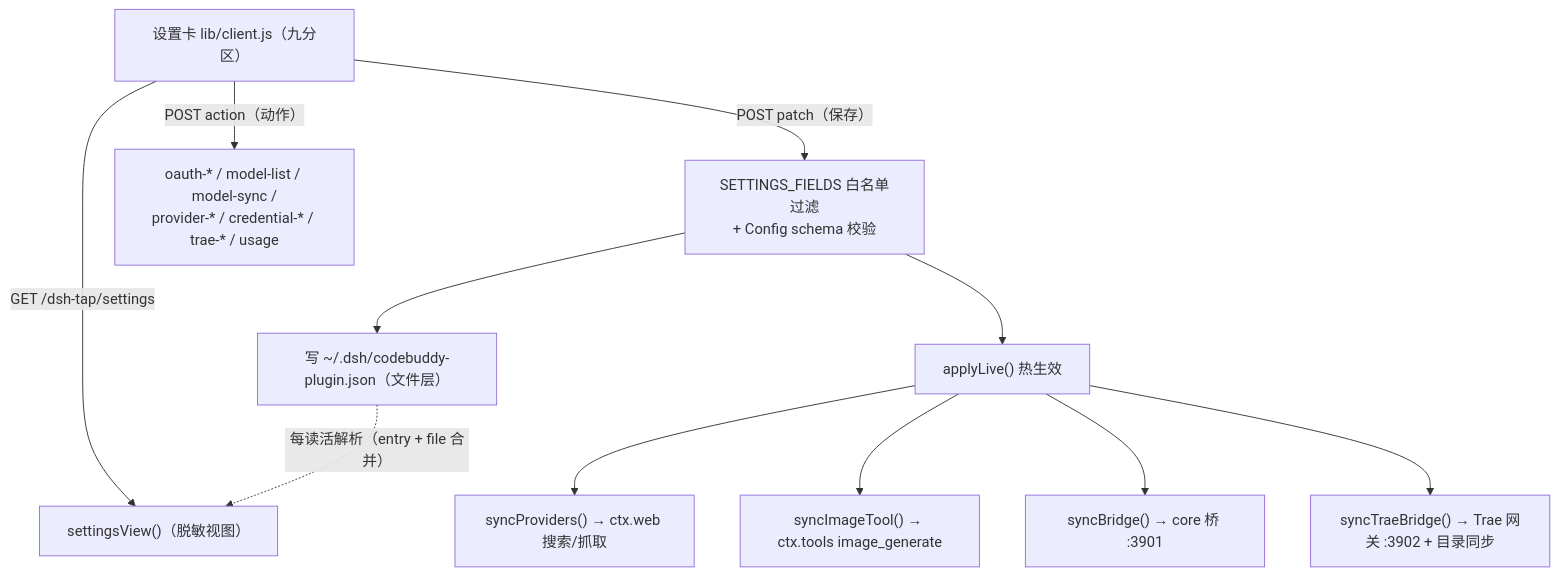
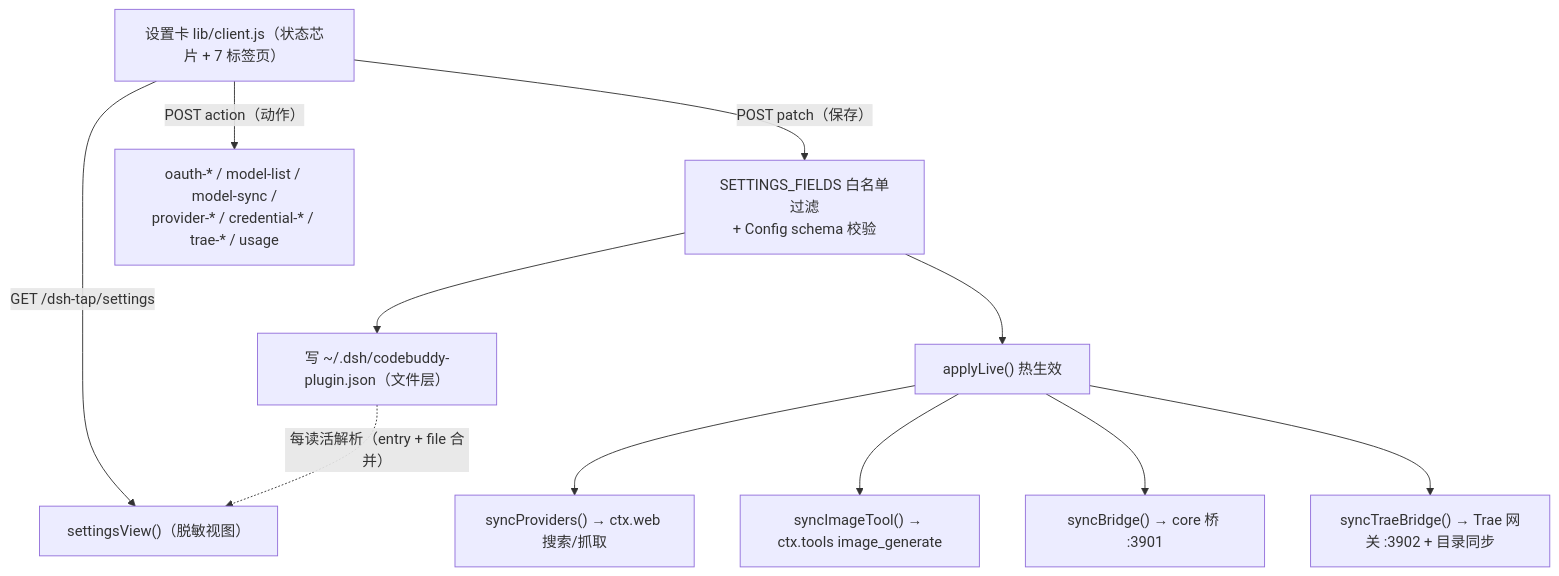
The fourth of 4 diagrams in wiki/01-architecture.md (taikaikaikai-pixel/dsh-codebuddy-plugin), drawn with Mermaid before and after one commit. The commit also changed other lines of this file and 19 other files, not shown here.

````diff
--- a/wiki/01-architecture.md
+++ b/wiki/01-architecture.md
@@ -146,14 +146,14 @@
 ```mermaid
 flowchart TB
-    CARD["设置卡 lib/client.js（九分区）"]
+    CARD["设置卡 lib/client.js（状态芯片 + 7 标签页）"]
     CARD -->|"GET /dsh-tap/settings"| VIEW["settingsView()（脱敏视图）"]
     CARD -->|"POST patch（保存）"| MERGE["SETTINGS_FIELDS 白名单过滤<br/>+ Config schema 校验"]
     CARD -->|"POST action（动作）"| ACT["oauth-* / model-list / model-sync /<br/>provider-* / credential-* / trae-* / usage"]
     MERGE --> FILE["写 ~/.dsh/codebuddy-plugin.json（文件层）"]
     FILE -.->|"每读活解析（entry + file 合并）"| VIEW
     MERGE --> LIVE["applyLive() 热生效"]
     LIVE --> S1["syncProviders() → ctx.web 搜索/抓取"]
     LIVE --> S2["syncImageTool() → ctx.tools image_generate"]
     LIVE --> S3["syncBridge() → core 桥 :3901"]
     LIVE --> S4["syncTraeBridge() → Trae 网关 :3902 + 目录同步"]
 ```
````
